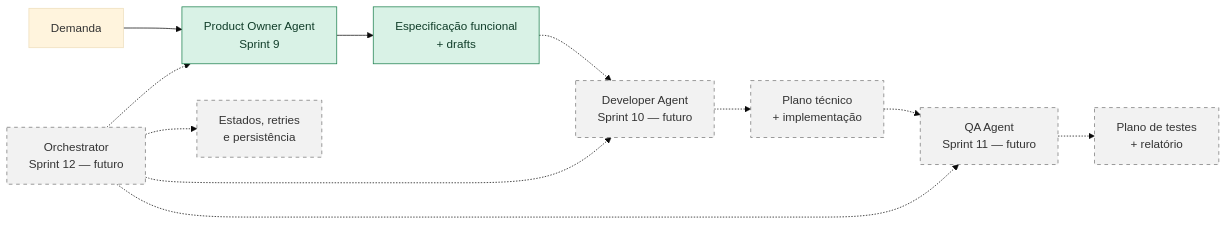
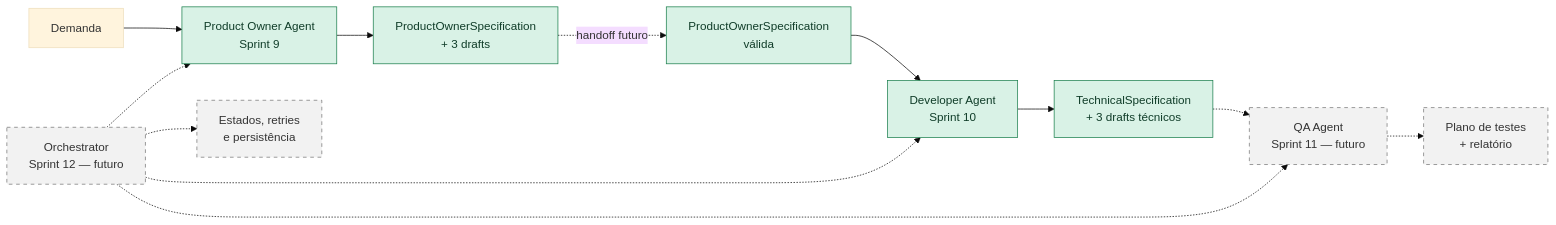
One commit to felipet66/brq-ai-factory changed the first of 10 diagrams in knowledge/33-PIPELINE_OVERVIEW.md. Above: the diagram before and after it, drawn with Mermaid (base theme). The commit also changed other lines of this file and 63 other files, not shown here.

First line of the commit message:
feat(sprint-10): implement developer agent

````diff
--- a/knowledge/33-PIPELINE_OVERVIEW.md
+++ b/knowledge/33-PIPELINE_OVERVIEW.md
@@ -11,20 +11,21 @@
 ```mermaid
 flowchart LR
     DEMAND["Demanda"] --> PO["Product Owner Agent<br/>Sprint 9"]
-    PO --> POOUT["Especificação funcional<br/>+ drafts"]
+    PO --> POOUT["ProductOwnerSpecification<br/>+ 3 drafts"]
 
-    POOUT -.-> DEV["Developer Agent<br/>Sprint 10 — futuro"]
-    DEV -.-> DEVOUT["Plano técnico<br/>+ implementação"]
+    POOUT -.->|"handoff futuro"| DEVIN["ProductOwnerSpecification<br/>válida"]
+    DEVIN --> DEV["Developer Agent<br/>Sprint 10"]
+    DEV --> DEVOUT["TechnicalSpecification<br/>+ 3 drafts técnicos"]
     DEVOUT -.-> QA["QA Agent<br/>Sprint 11 — futuro"]
     QA -.-> QAOUT["Plano de testes<br/>+ relatório"]
 
     ORCH["Orchestrator<br/>Sprint 12 — futuro"] -.-> PO
     ORCH -.-> DEV
     ORCH -.-> QA
     ORCH -.-> PERSIST["Estados, retries<br/>e persistência"]
 
     classDef current fill:#d9f2e6,stroke:#1b7f4d,color:#103d29
     classDef future fill:#f2f2f2,stroke:#777,color:#333,stroke-dasharray: 5 5
-    class PO,POOUT current
-    class DEV,DEVOUT,QA,QAOUT,ORCH,PERSIST future
+    class PO,POOUT,DEVIN,DEV,DEVOUT current
+    class QA,QAOUT,ORCH,PERSIST future
 ```
````
